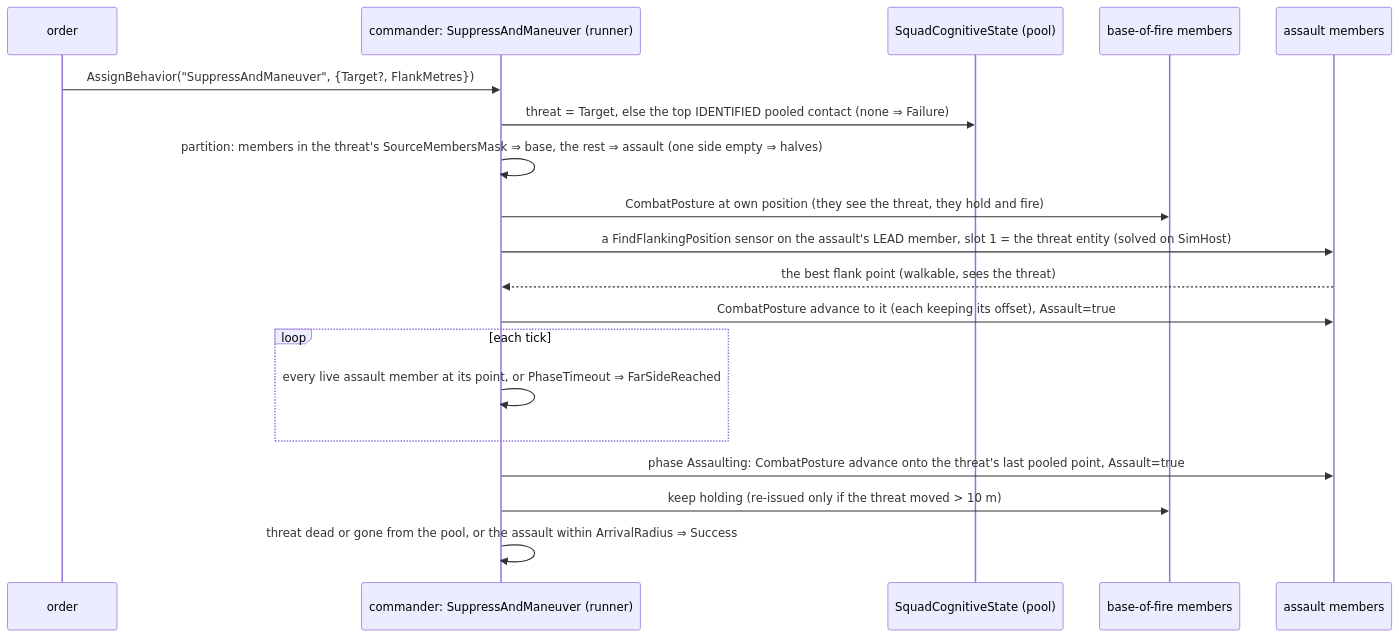
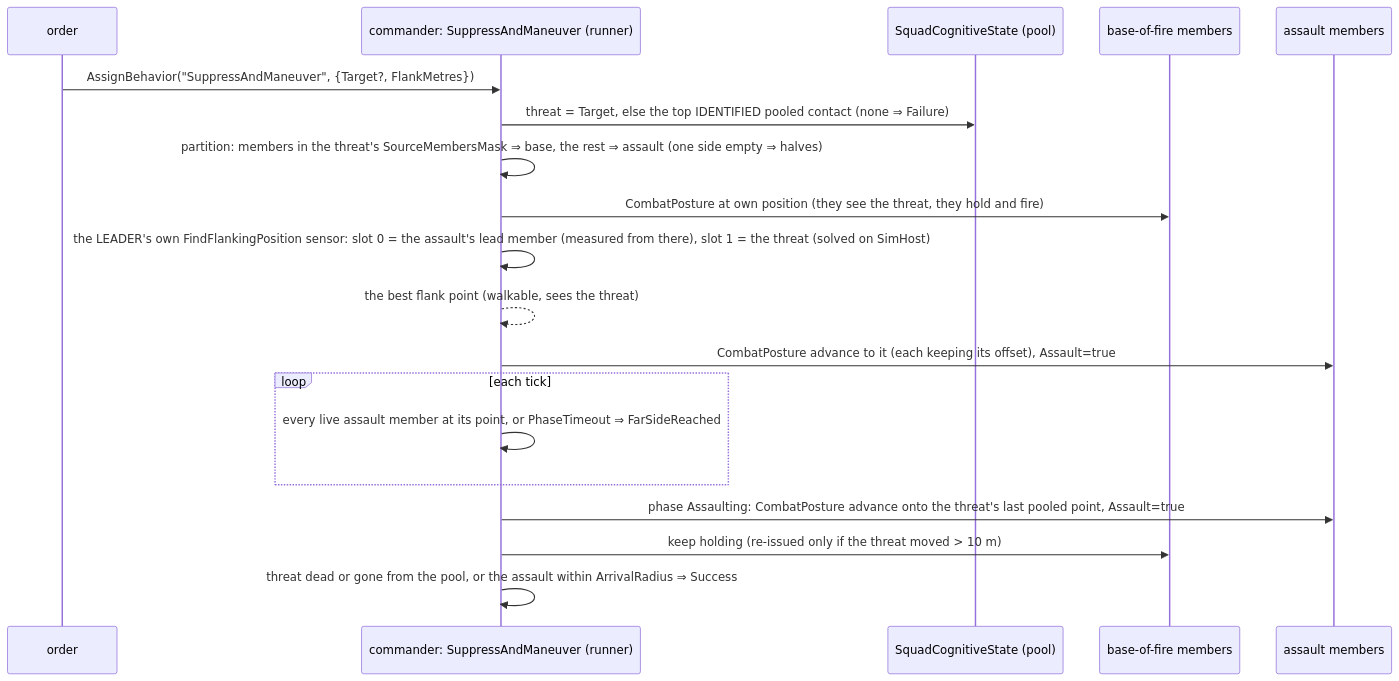
The fourth of 10 diagrams in docs/designs/group-maneuvers/DESIGN_Squad_Tactics.md (pjanec/HROT), drawn with Mermaid before and after one commit. The commit also changed other lines of this file and 1 other file, not shown here.

First line of the commit message:
R-270: the squad leader queries the terrain itself — S1-C flank point from the leader's own EQS sensor (slot 0 = the lead assault member)

````diff
--- a/docs/designs/group-maneuvers/DESIGN_Squad_Tactics.md
+++ b/docs/designs/group-maneuvers/DESIGN_Squad_Tactics.md
@@ -144,21 +145,21 @@
 ```mermaid
 sequenceDiagram
   participant O as order
   participant C as commander: SuppressAndManeuver (runner)
   participant P as SquadCognitiveState (pool)
   participant B as base-of-fire members
   participant A as assault members
   O->>C: AssignBehavior("SuppressAndManeuver", {Target?, FlankMetres})
   C->>P: threat = Target, else the top IDENTIFIED pooled contact (none ⇒ Failure)
   C->>C: partition: members in the threat's SourceMembersMask ⇒ base, the rest ⇒ assault (one side empty ⇒ halves)
   C->>B: CombatPosture at own position (they see the threat, they hold and fire)
-  C->>A: a FindFlankingPosition sensor on the assault's LEAD member, slot 1 = the threat entity (solved on SimHost)
-  A-->>C: the best flank point (walkable, sees the threat)
+  C->>C: the LEADER's own FindFlankingPosition sensor: slot 0 = the assault's lead member (measured from there), slot 1 = the threat (solved on SimHost)
+  C-->>C: the best flank point (walkable, sees the threat)
   C->>A: CombatPosture advance to it (each keeping its offset), Assault=true
   loop each tick
     C->>C: every live assault member at its point, or PhaseTimeout ⇒ FarSideReached
   end
   C->>A: phase Assaulting: CombatPosture advance onto the threat's last pooled point, Assault=true
   C->>B: keep holding (re-issued only if the threat moved > 10 m)
   C->>C: threat dead or gone from the pool, or the assault within ArrivalRadius ⇒ Success
 ```
````
